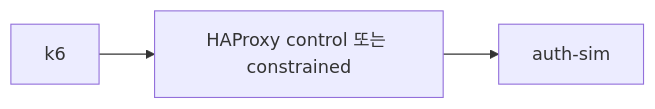
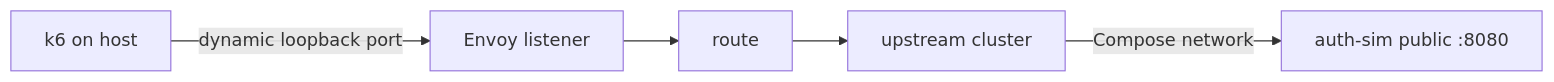
One commit to imcherry5778-labs/github-capacity-cascade-lab changed the second of 4 diagrams in README.md. Above: the diagram before and after it, drawn with Mermaid. The commit also changed other lines of this file and 6 other files, not shown here.

````diff
--- a/README.md
+++ b/README.md
@@ -72,5 +72,7 @@
 ```mermaid
 flowchart LR
-    K1[k6] --> H[HAProxy control 또는 constrained]
-    H --> A1[auth-sim]
+    K[k6 on host] -->|dynamic loopback port| L[Envoy listener]
+    L --> R[route]
+    R --> C[upstream cluster]
+    C -->|Compose network| A[auth-sim public :8080]
 ```
````
